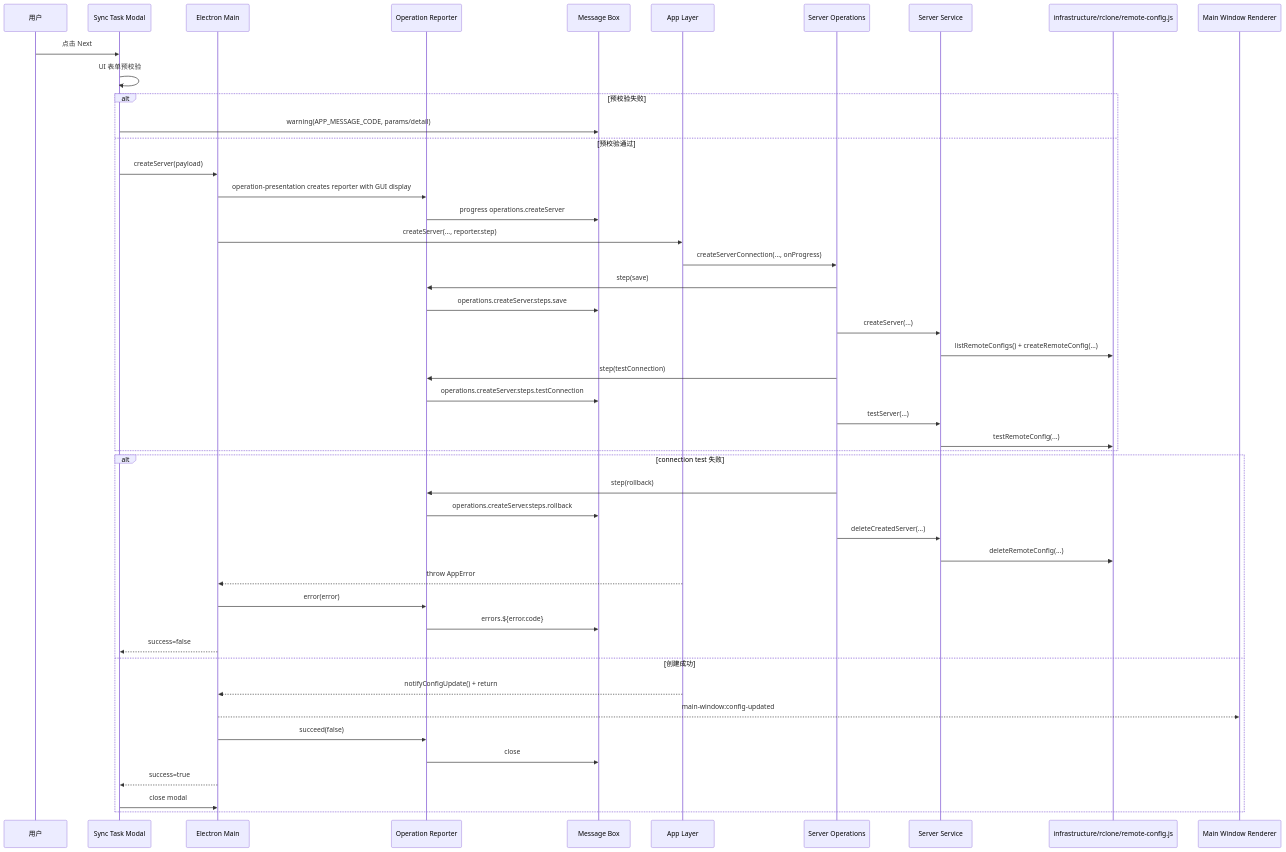
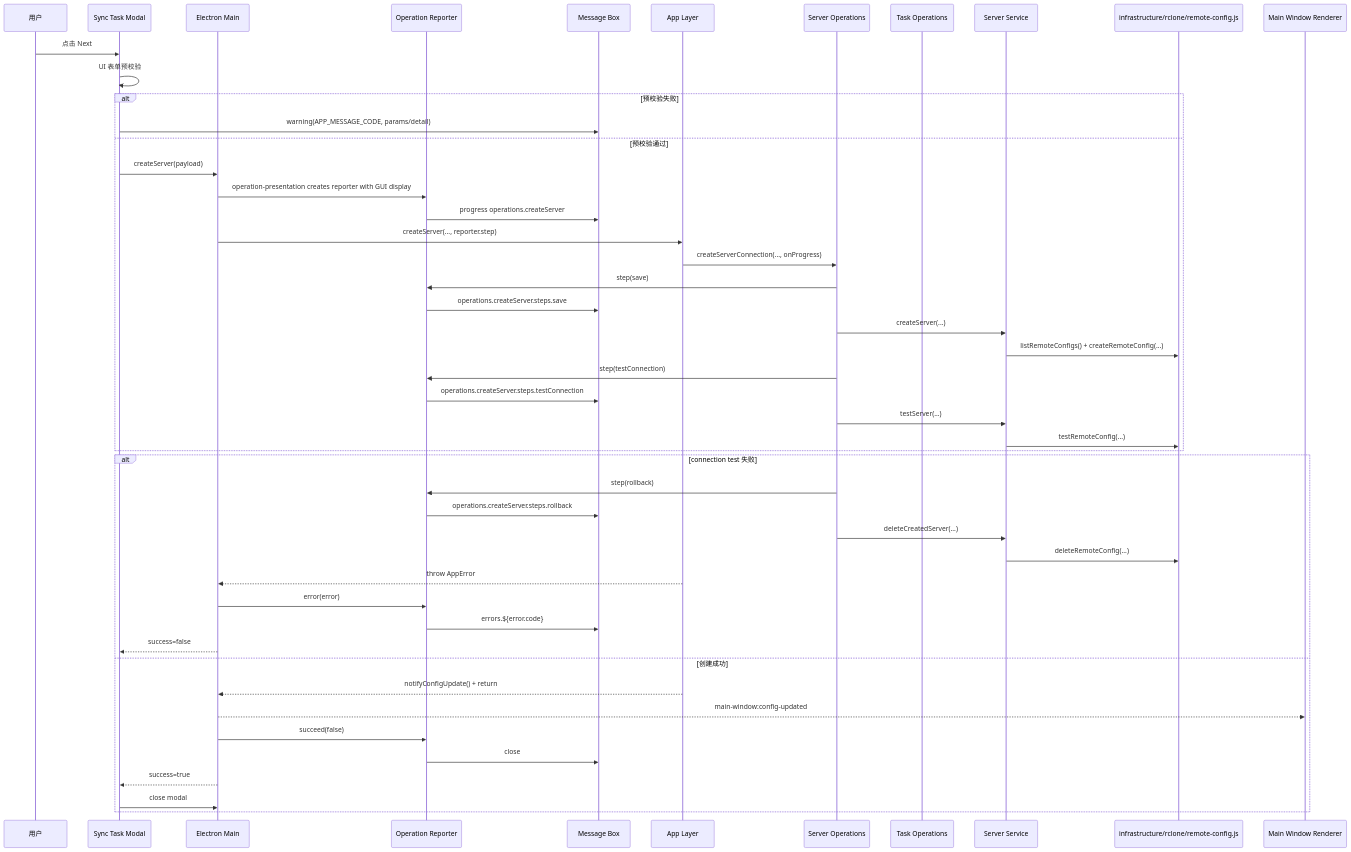
One commit to agalloch21/sync-with-rclone changed diagram 13 of 15 in docs/Flows.md. Above: the diagram before and after it, drawn with Mermaid. The commit also changed other lines of this file and 20 other files, not shown here.

````diff
--- a/docs/Flows.md
+++ b/docs/Flows.md
@@ -387,50 +391,51 @@
 ```mermaid
 sequenceDiagram
   participant U as 用户
   participant M as Sync Task Modal
   participant EM as Electron Main
   participant OR as Operation Reporter
   participant MB as Message Box
   participant APP as App Layer
   participant SO as Server Operations
+  participant TO as Task Operations
   participant SS as Server Service
   participant RC as infrastructure/rclone/remote-config.js
   participant MW as Main Window Renderer
 
   U->>M: 点击 Next
   M->>M: UI 表单预校验
   alt 预校验失败
     M->>MB: warning(APP_MESSAGE_CODE, params/detail)
   else 预校验通过
     M->>EM: createServer(payload)
     EM->>OR: operation-presentation creates reporter with GUI display
     OR->>MB: progress operations.createServer
     EM->>APP: createServer(..., reporter.step)
     APP->>SO: createServerConnection(..., onProgress)
     SO->>OR: step(save)
     OR->>MB: operations.createServer.steps.save
     SO->>SS: createServer(...)
     SS->>RC: listRemoteConfigs() + createRemoteConfig(...)
     SO->>OR: step(testConnection)
     OR->>MB: operations.createServer.steps.testConnection
     SO->>SS: testServer(...)
     SS->>RC: testRemoteConfig(...)
   end
   alt connection test 失败
     SO->>OR: step(rollback)
     OR->>MB: operations.createServer.steps.rollback
     SO->>SS: deleteCreatedServer(...)
     SS->>RC: deleteRemoteConfig(...)
     APP-->>EM: throw AppError
     EM->>OR: error(error)
     OR->>MB: errors.${error.code}
     EM-->>M: success=false
   else 创建成功
     APP-->>EM: notifyConfigUpdate() + return
     EM-->>MW: main-window:config-updated
     EM->>OR: succeed(false)
     OR->>MB: close
     EM-->>M: success=true
     M->>EM: close modal
   end
 ```
````
